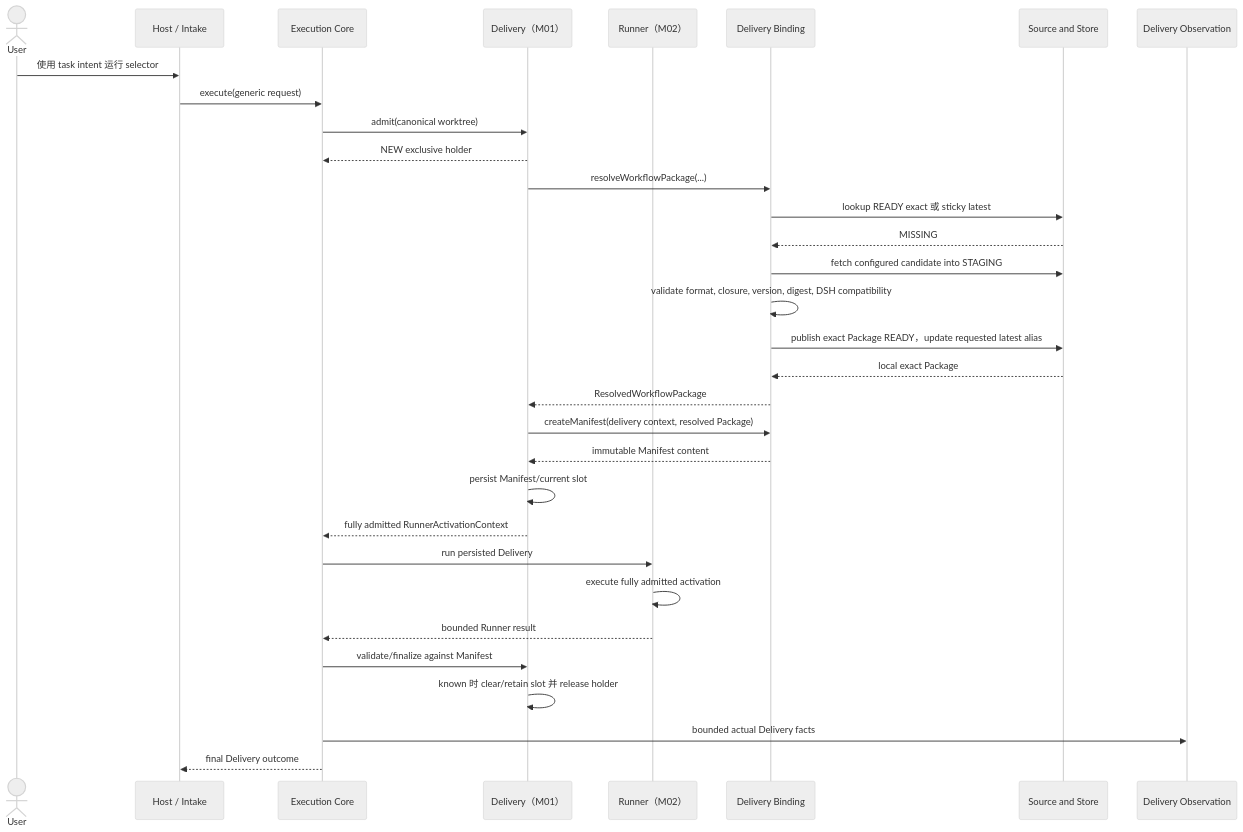
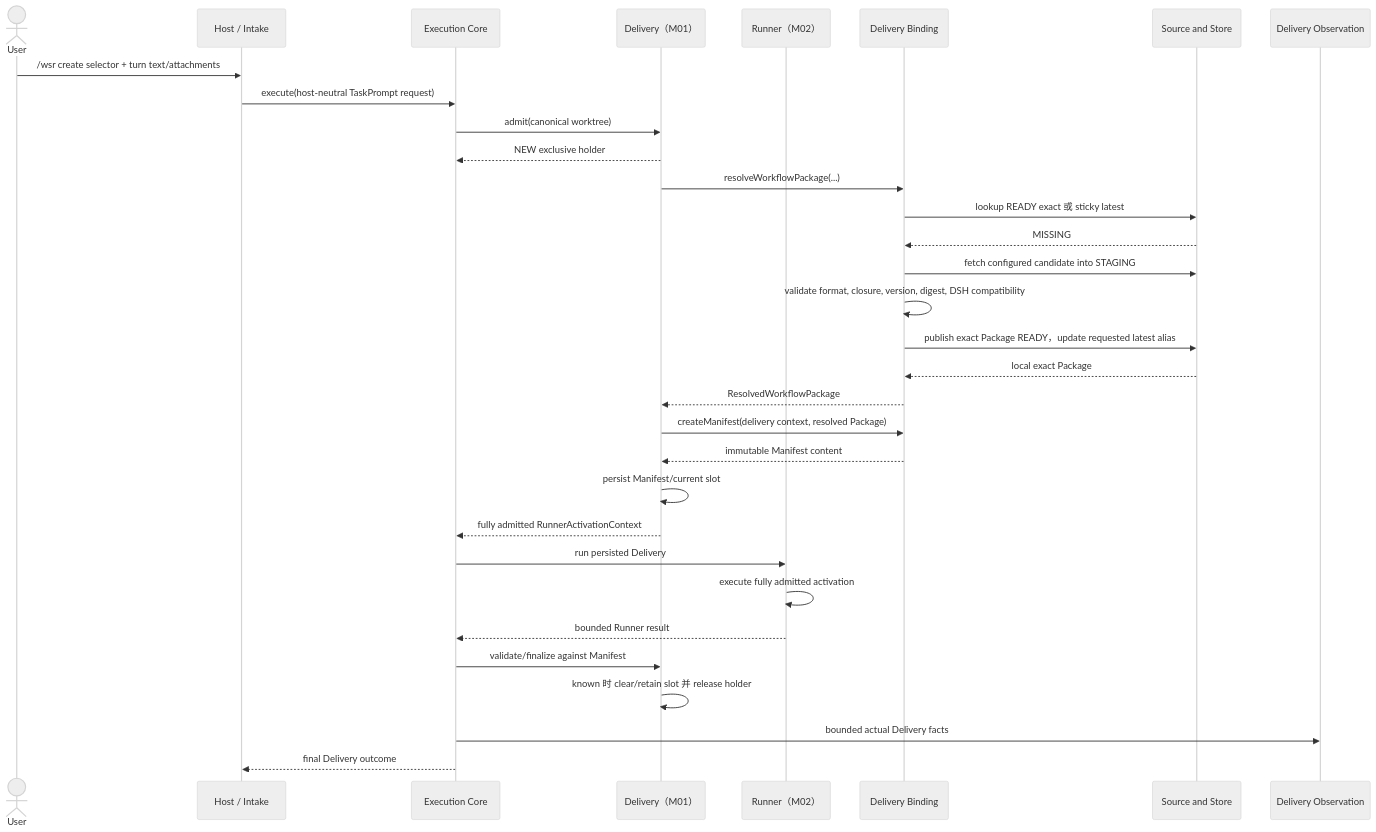
Before and after one commit to firestige/workflow-self-recursive: the fifth of 8 diagrams in docs/systems/execution/project-execution-system.zh-CN.md, drawn with Mermaid (neutral theme). The commit also changed other lines of this file and 5 other files, not shown here.

````diff
--- a/docs/systems/execution/project-execution-system.zh-CN.md
+++ b/docs/systems/execution/project-execution-system.zh-CN.md
@@ -318,35 +333,35 @@
 ```mermaid
 sequenceDiagram
     actor User
     participant Host as Host / Intake
     participant Core as Execution Core
     participant Delivery as Delivery（M01）
     participant Runner as Runner（M02）
     participant DB as Delivery Binding
     participant SS as Source and Store
     participant DO as Delivery Observation
 
-    User->>Host: 使用 task intent 运行 selector
-    Host->>Core: execute(generic request)
+    User->>Host: /wsr create selector + turn text/attachments
+    Host->>Core: execute(host-neutral TaskPrompt request)
     Core->>Delivery: admit(canonical worktree)
     Delivery-->>Core: NEW exclusive holder
     Delivery->>DB: resolveWorkflowPackage(...)
     DB->>SS: lookup READY exact 或 sticky latest
     SS-->>DB: MISSING
     DB->>SS: fetch configured candidate into STAGING
     DB->>DB: validate format, closure, version, digest, DSH compatibility
     DB->>SS: publish exact Package READY，update requested latest alias
     SS-->>DB: local exact Package
     DB-->>Delivery: ResolvedWorkflowPackage
     Delivery->>DB: createManifest(delivery context, resolved Package)
     DB-->>Delivery: immutable Manifest content
     Delivery->>Delivery: persist Manifest/current slot
     Delivery-->>Core: fully admitted RunnerActivationContext
     Core->>Runner: run persisted Delivery
     Runner->>Runner: execute fully admitted activation
     Runner-->>Core: bounded Runner result
     Core->>Delivery: validate/finalize against Manifest
     Delivery->>Delivery: known 时 clear/retain slot 并 release holder
     Core->>DO: bounded actual Delivery facts
     Core-->>Host: final Delivery outcome
 ```
````
